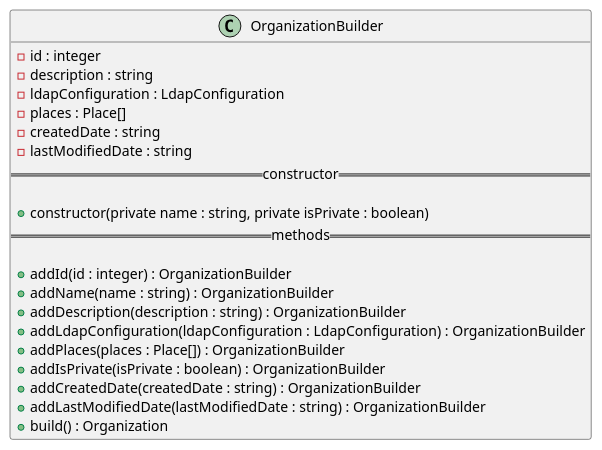
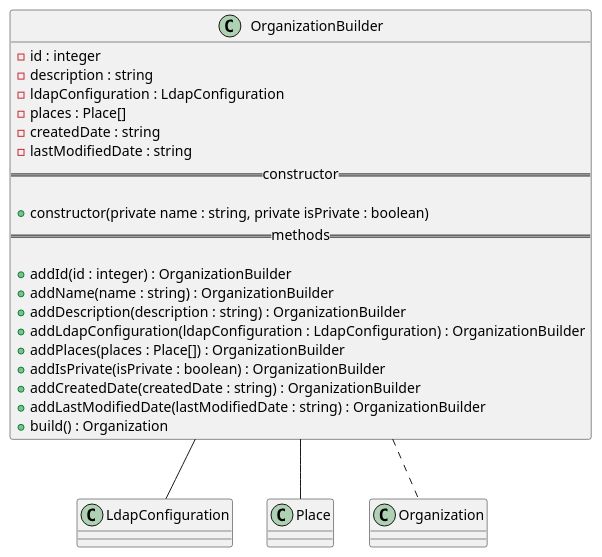
One commit to GruppOne/stalker-web-app changed the diagram in docs/diagrams/classes/Organization/OrganizationBuilder.pu. Above: the diagram before and after it, drawn with PlantUML. The commit also changed 12 other files, not shown here.

Commit message:
feat: include all diagrams into class-diagram and design relations

```diff
--- a/docs/diagrams/classes/Organization/OrganizationBuilder.pu
+++ b/docs/diagrams/classes/Organization/OrganizationBuilder.pu
@@ -1,24 +1,28 @@
 @startuml OrganizationBuilder Diagram
 class OrganizationBuilder {
   - id : integer
   - description : string
   - ldapConfiguration : LdapConfiguration
   - places : Place[]
   - createdDate : string
   - lastModifiedDate : string
   == constructor ==
 
   + constructor(private name : string, private isPrivate : boolean)
   == methods ==
 
   + addId(id : integer) : OrganizationBuilder
   + addName(name : string) : OrganizationBuilder
   + addDescription(description : string) : OrganizationBuilder
   + addLdapConfiguration(ldapConfiguration : LdapConfiguration) : OrganizationBuilder
   + addPlaces(places : Place[]) : OrganizationBuilder
   + addIsPrivate(isPrivate : boolean) : OrganizationBuilder
   + addCreatedDate(createdDate : string) : OrganizationBuilder
   + addLastModifiedDate(lastModifiedDate : string) : OrganizationBuilder
   + build() : Organization
 }
+
+OrganizationBuilder -- LdapConfiguration
+OrganizationBuilder -- Place
+OrganizationBuilder .. Organization
 @enduml
```
